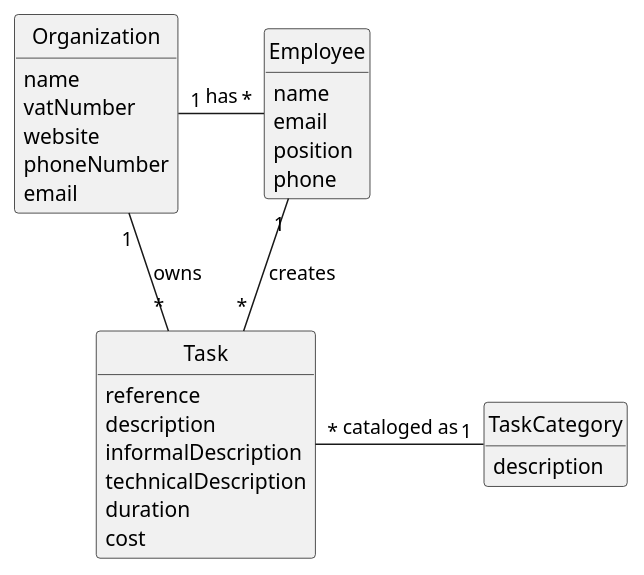
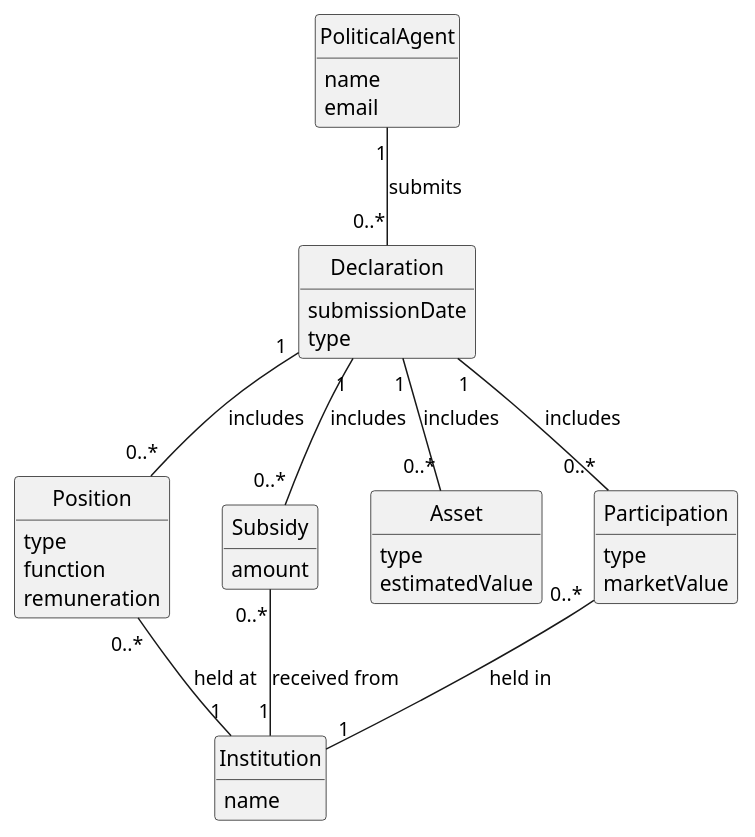
The diagram in docs/system-documentation/US06/02.analysis/puml/US006-DM.puml (Departamento-de-Engenharia-Informatica/sem2-pi-25-26-g096-repo), drawn with PlantUML before and after one commit. The commit also changed 1 other file, not shown here.

Commit message:
US06 (Code) - Update domain model by correcting multiplicities and introducing Subsidy concept [#28]

```diff
--- a/docs/system-documentation/US06/02.analysis/puml/US006-DM.puml
+++ b/docs/system-documentation/US06/02.analysis/puml/US006-DM.puml
@@ -1,50 +1,55 @@
 @startuml
+top to bottom direction
 skinparam monochrome true
 skinparam packageStyle rectangle
 skinparam shadowing false
-
-'left to right direction
-
 skinparam classAttributeIconSize 0
-
 hide circle
 hide methods
 
-'title Domain Model
-
-class Organization {
+class PoliticalAgent {
     name
-    vatNumber
-    website
-    phoneNumber
     email
 }
 
-class Task {
-    reference
-    description
-    informalDescription
-    technicalDescription
-    duration
-    cost
+class Declaration {
+    submissionDate
+    type
 }
 
-class TaskCategory {
-    description
+class Position {
+    type
+    function
+    remuneration
 }
 
-class Employee {
-    name
-    email
-    position
-    phone
+class Subsidy {
+    amount
 }
 
-Organization "1" - "*" Employee : has
-Organization "1" - "*" Task: owns
+class Asset {
+    type
+    estimatedValue
+}
 
-Employee "1" -- "*" Task : creates
+class Participation {
+    type
+    marketValue
+}
 
-Task "*" - "1" TaskCategory: cataloged as
+class Institution {
+    name
+}
+
+PoliticalAgent "1" -down- "0..*" Declaration : submits
+
+Declaration "1" -down- "0..*" Position : includes
+Declaration "1" -down- "0..*" Subsidy : includes
+Declaration "1" -down- "0..*" Asset : includes
+Declaration "1" -down- "0..*" Participation : includes
+
+Position "0..*" -down- "1" Institution : held at
+Subsidy "0..*" -down- "1" Institution : received from
+Participation "0..*" -down- "1" Institution : held in
 
 @enduml
```
